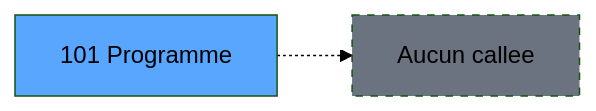
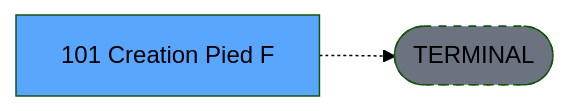
Before and after one commit to thonyAGP/lecteur-magic: the third of 3 diagrams in .openspec/specs/ADH-IDE-101.md, drawn with Mermaid (forest theme). The commit also changed other lines of this file and 701 other files, not shown here.

````diff
--- a/.openspec/specs/ADH-IDE-101.md
+++ b/.openspec/specs/ADH-IDE-101.md
@@ -149,8 +135,8 @@
 ```mermaid
 graph LR
-    T[101 Programme]
-    NONE[Aucun callee]
-    T -.-> NONE
+    T[101 Creation Pied F]
+    TERM([TERMINAL])
+    T -.-> TERM
+    style TERM fill:#6b7280,stroke-dasharray: 5 5
     style T fill:#58a6ff,color:#000
-    style NONE fill:#6b7280,stroke-dasharray: 5 5
 ```
````
